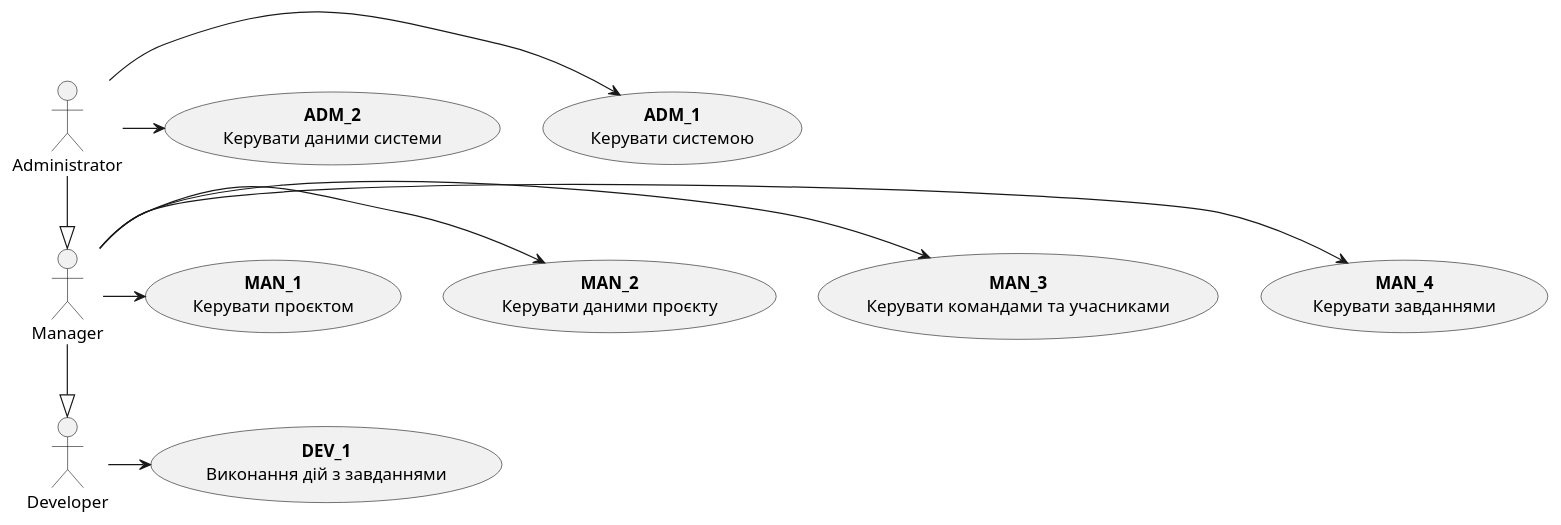
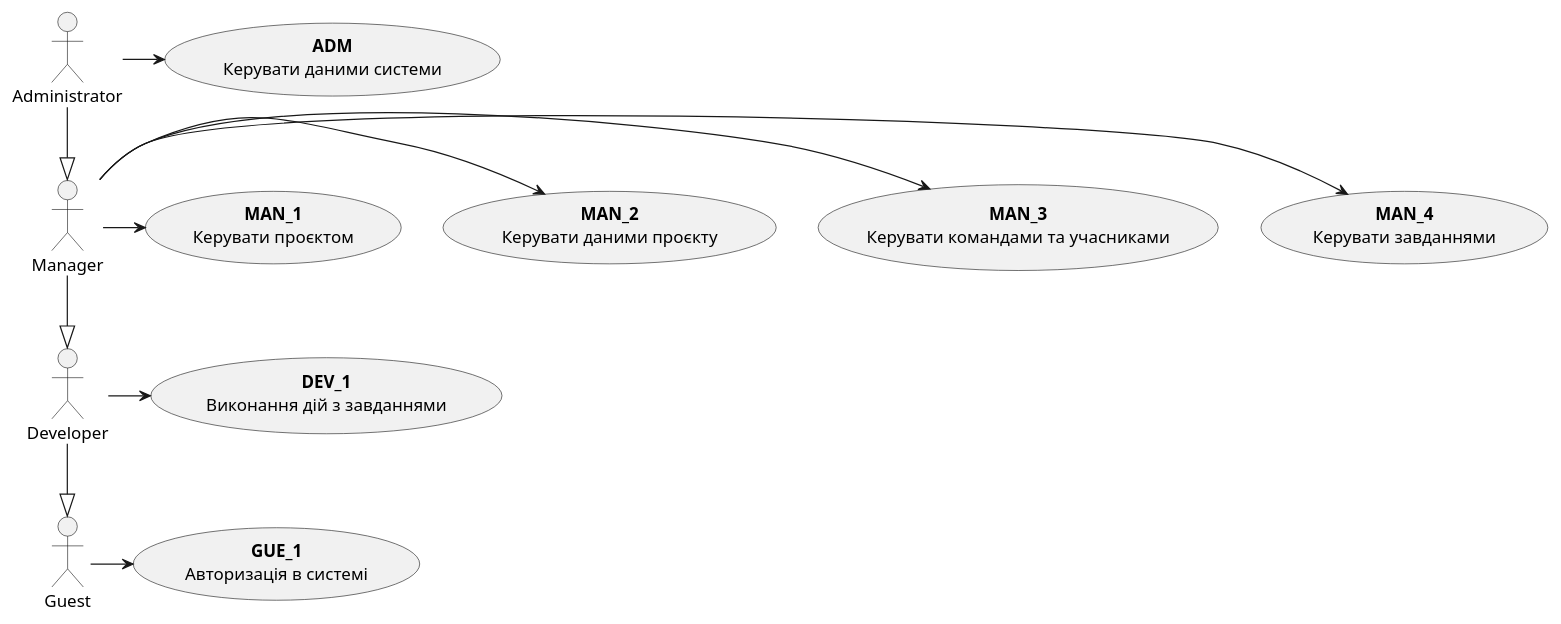
One commit to yarikkot04/Sup changed the first of 15 diagrams in docs/use cases/README.md. Above: the diagram before and after it, drawn with PlantUML. The commit also changed other lines of this file and 1 other file, not shown here.

Commit message:
Added diagrams

```diff
--- a/docs/use cases/README.md
+++ b/docs/use cases/README.md
@@ -3,28 +3,31 @@
 @startuml
     actor Administrator
     actor Manager         
     actor Developer
+    actor Guest
 
-    usecase Admin1 as "<b>ADM_1</b>\nКерувати системою"
-    usecase Admin2 as "<b>ADM_2</b>\nКерувати даними системи"
+    usecase Admin as "<b>ADM</b>\nКерувати даними системи"
 
     usecase Manage1 as "<b>MAN_1</b>\nКерувати проєктом"
     usecase Manage2 as "<b>MAN_2</b>\nКерувати даними проєкту"
     usecase Manage3 as "<b>MAN_3</b>\nКерувати командами та учасниками"
     usecase Manage4 as "<b>MAN_4</b>\nКерувати завданнями"
 
     usecase Develope1 as "<b>DEV_1</b>\nВиконання дій з завданнями"
 
-    Administrator -> Admin1
-    Administrator -> Admin2
+    usecase Guest1 as "<b>GUE_1</b>\nАвторизація в системі"
+
+    Administrator -> Admin
 
     Manager -> Manage4
     Manager -> Manage3
     Manager -> Manage2
     Manager -> Manage1
 
     Administrator -d-|> Manager
     Manager -d-|> Developer
+    Developer -d-|> Guest
 
     Developer -> Develope1
+    Guest -> Guest1
 @enduml
```
